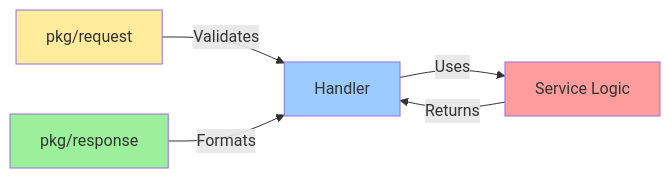
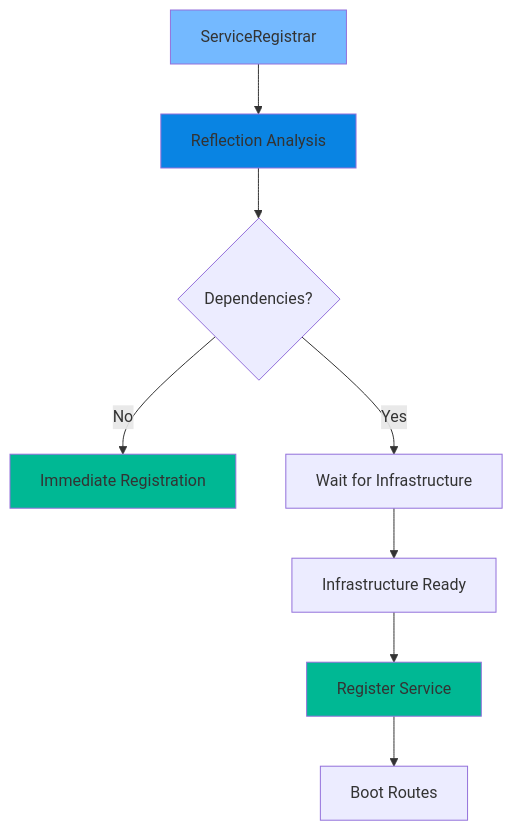
The fifth of 8 diagrams in docs_wiki/ARCHITECTURE_DIAGRAMS.md (GabrielTenma/bp-go-def), drawn with Mermaid before and after one commit. The commit also changed other lines of this file and 46 other files, not shown here.

````diff
--- a/docs_wiki/ARCHITECTURE_DIAGRAMS.md
+++ b/docs_wiki/ARCHITECTURE_DIAGRAMS.md
@@ -94,12 +112,15 @@
 ```mermaid
-graph LR
-    A[pkg/request] -->|Validates| D[Handler]
-    B[pkg/response] -->|Formats| D
-    D -->|Uses| E[Service Logic]
-    E -->|Returns| D
-    
-    style A fill:#ffeb9c
-    style B fill:#9cf09c
-    style D fill:#9cccff
-    style E fill:#ff9c9c
+graph TD
+    A[ServiceRegistrar] --> B[Reflection Analysis]
+    B --> C{Dependencies?}
+    C -->|No| D[Immediate Registration]
+    C -->|Yes| E[Wait for Infrastructure]
+    E --> F[Infrastructure Ready]
+    F --> G[Register Service]
+    G --> H[Boot Routes]
+
+    style A fill:#74b9ff
+    style B fill:#0984e3
+    style D fill:#00b894
+    style G fill:#00b894
 ```
````
